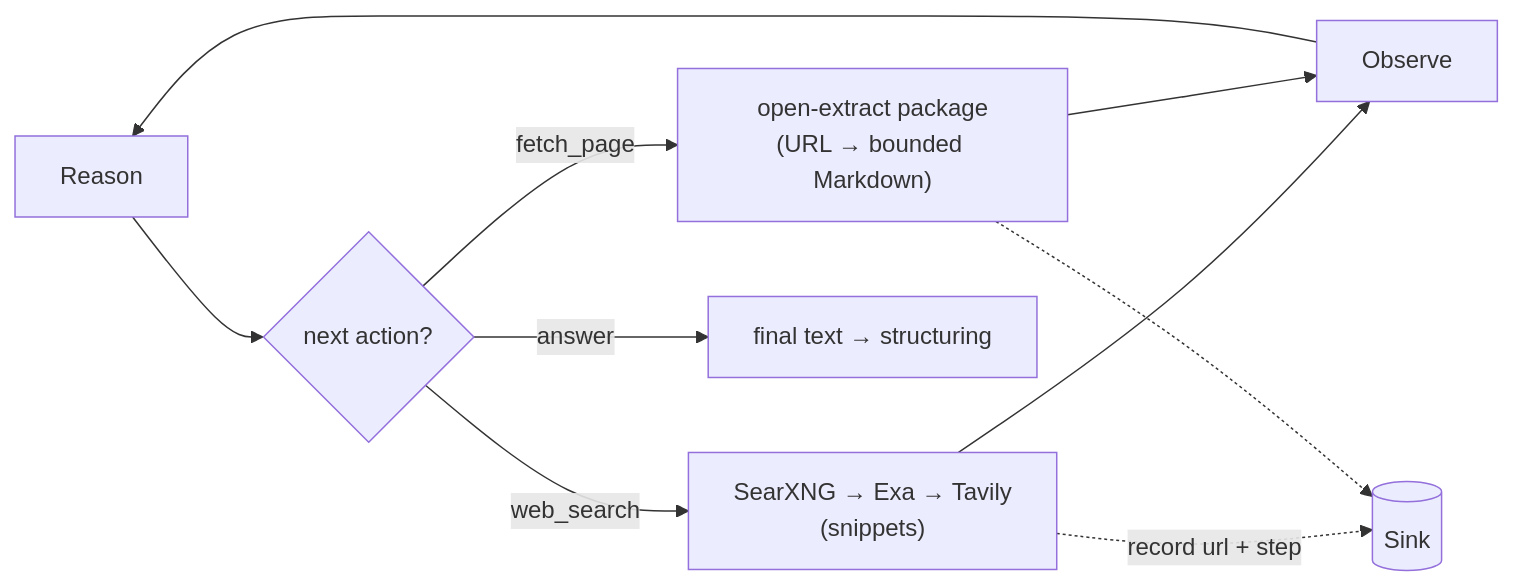
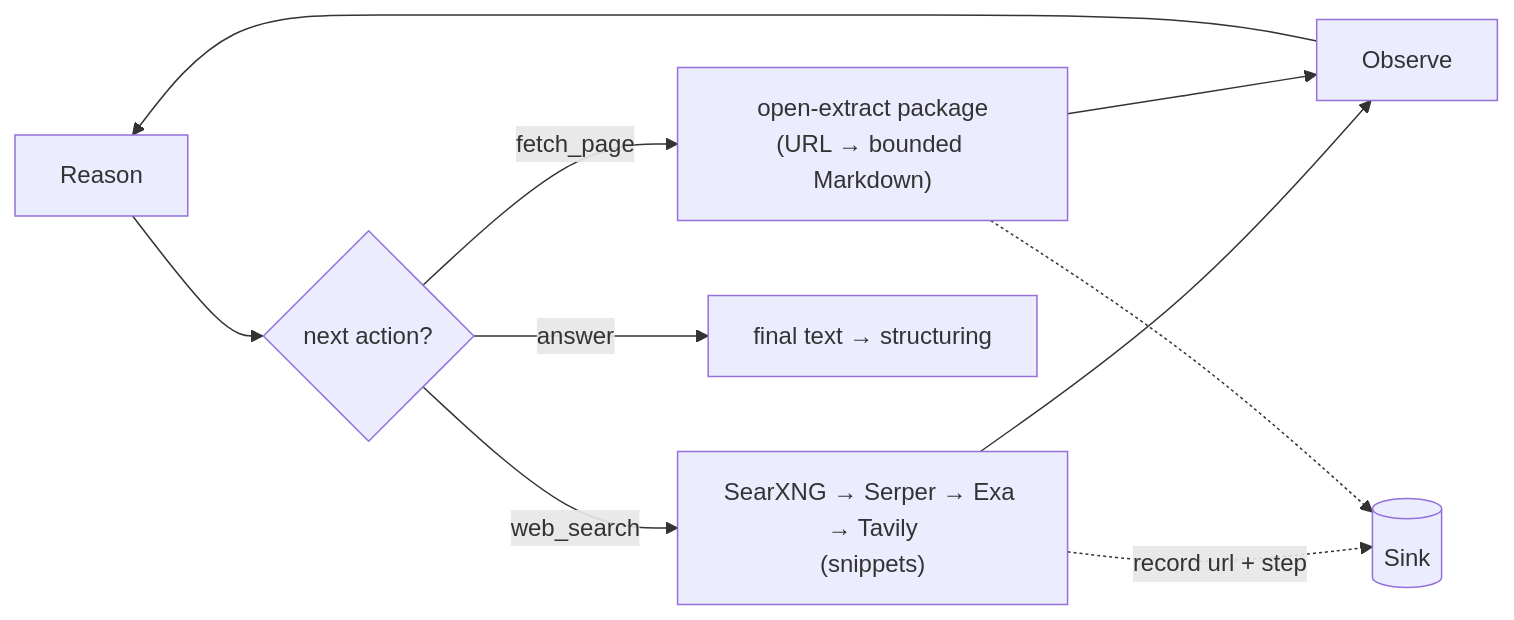
Before and after one commit to simonbalfe/openclaygent: the third of 3 diagrams in docs/architecture.md, drawn with Mermaid. The commit also changed other lines of this file and 23 other files, not shown here.

````diff
--- a/docs/architecture.md
+++ b/docs/architecture.md
@@ -55,10 +55,10 @@
 ```mermaid
 flowchart LR
   R["Reason"] --> D{"next action?"}
-  D -- web_search --> WS["SearXNG → Exa → Tavily<br/>(snippets)"] --> O["Observe"]
+  D -- web_search --> WS["SearXNG → Serper → Exa → Tavily<br/>(snippets)"] --> O["Observe"]
   D -- fetch_page --> FP["open-extract package<br/>(URL → bounded Markdown)"] --> O
   O --> R
   D -- answer --> A["final text → structuring"]
   WS -.->|"record url + step"| SINK[("Sink")]
   FP -.-> SINK
 ```
````
